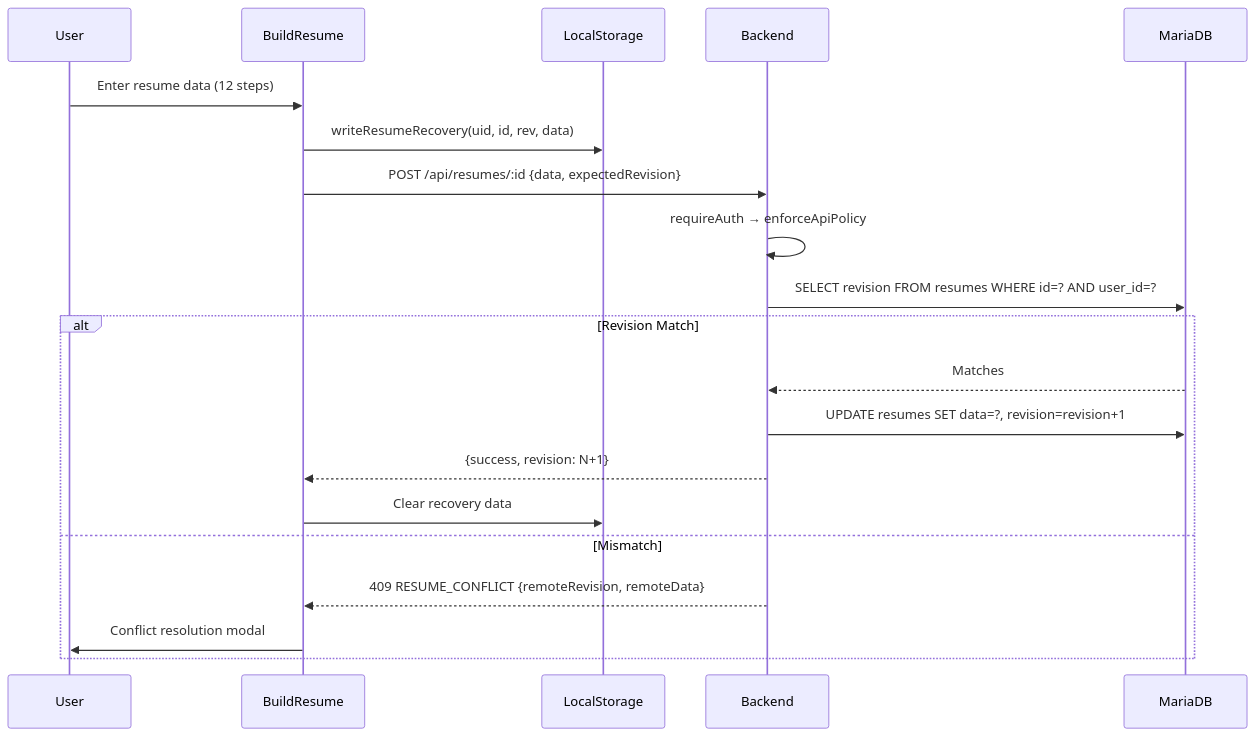
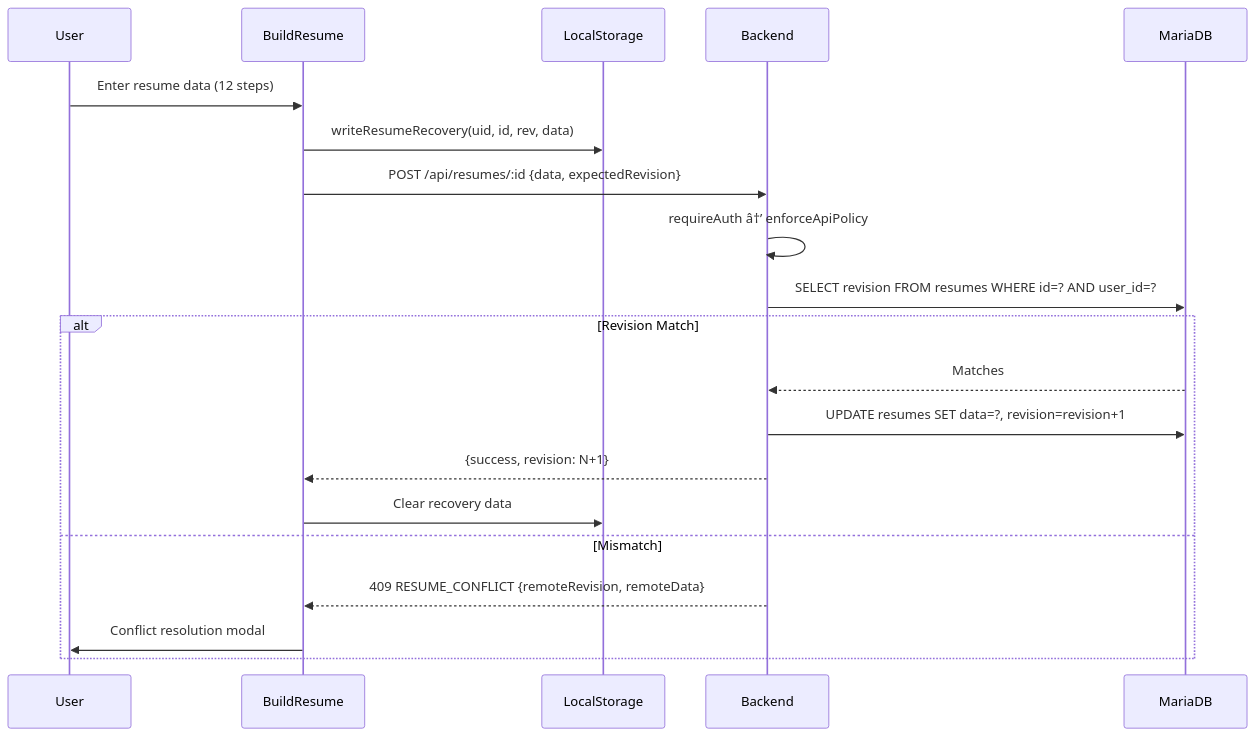
Before and after one commit to bhaskarbeyond-creator/ResumePilotAi: diagram 14 of 18 in architecture-flowchart.md, drawn with Mermaid. The commit also changed other lines of this file and 1 other file, not shown here.

````diff
--- a/architecture-flowchart.md
+++ b/architecture-flowchart.md
@@ -1615,23 +1615,23 @@
 ```mermaid
 sequenceDiagram
     participant User
     participant Builder as BuildResume
     participant LS as LocalStorage
     participant API as Backend
     participant DB as MariaDB
 
     User->>Builder: Enter resume data (12 steps)
     Builder->>LS: writeResumeRecovery(uid, id, rev, data)
     Builder->>API: POST /api/resumes/:id {data, expectedRevision}
-    API->>API: requireAuth → enforceApiPolicy
+    API->>API: requireAuth â†’ enforceApiPolicy
     API->>DB: SELECT revision FROM resumes WHERE id=? AND user_id=?
     alt Revision Match
         DB-->>API: Matches
         API->>DB: UPDATE resumes SET data=?, revision=revision+1
         API-->>Builder: {success, revision: N+1}
         Builder->>LS: Clear recovery data
     else Mismatch
         API-->>Builder: 409 RESUME_CONFLICT {remoteRevision, remoteData}
         Builder->>User: Conflict resolution modal
     end
 ```
````
